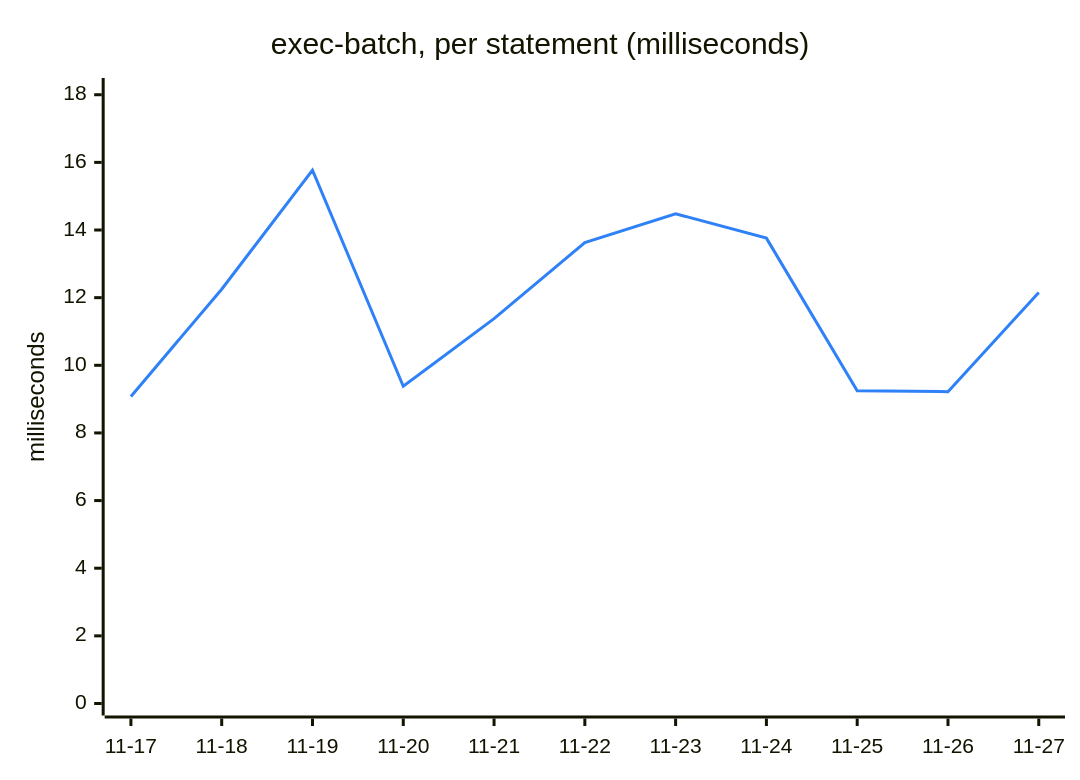
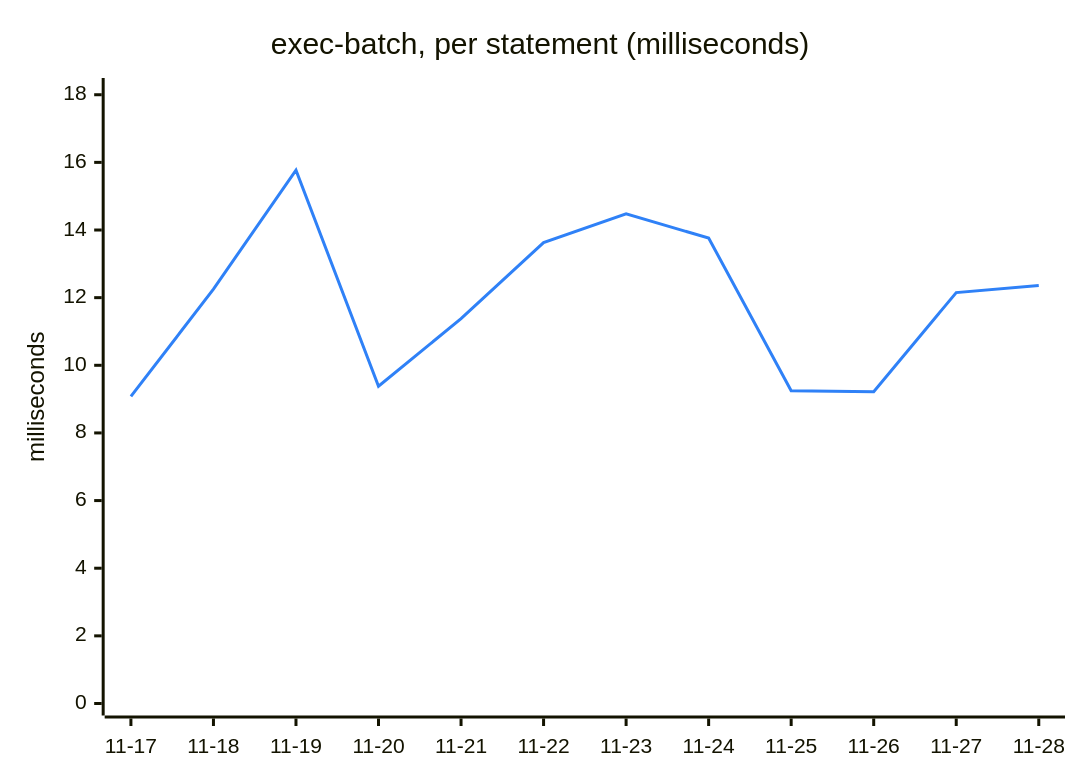
Before and after one commit to Ricovl/mxcli: the fifth of 6 diagrams in TREND.md, drawn with Mermaid. The commit also changed other lines of this file and 2 other files, not shown here.

````diff
--- a/TREND.md
+++ b/TREND.md
@@ -111,13 +111,13 @@
 ```mermaid
 ---
 config:
   themeVariables:
     xyChart:
       plotColorPalette: "#2f81f7"
 ---
 xychart-beta
     title "exec-batch, per statement (milliseconds)"
-    x-axis ["11-17", "11-18", "11-19", "11-20", "11-21", "11-22", "11-23", "11-24", "11-25", "11-26", "11-27"]
+    x-axis ["11-17", "11-18", "11-19", "11-20", "11-21", "11-22", "11-23", "11-24", "11-25", "11-26", "11-27", "11-28"]
     y-axis "milliseconds" 0 --> 18.14
-    line [9.08, 12.25, 15.77, 9.38, 11.38, 13.63, 14.48, 13.76, 9.25, 9.22, 12.15]
+    line [9.08, 12.25, 15.77, 9.38, 11.38, 13.63, 14.48, 13.76, 9.25, 9.22, 12.15, 12.36]
 ```
````
